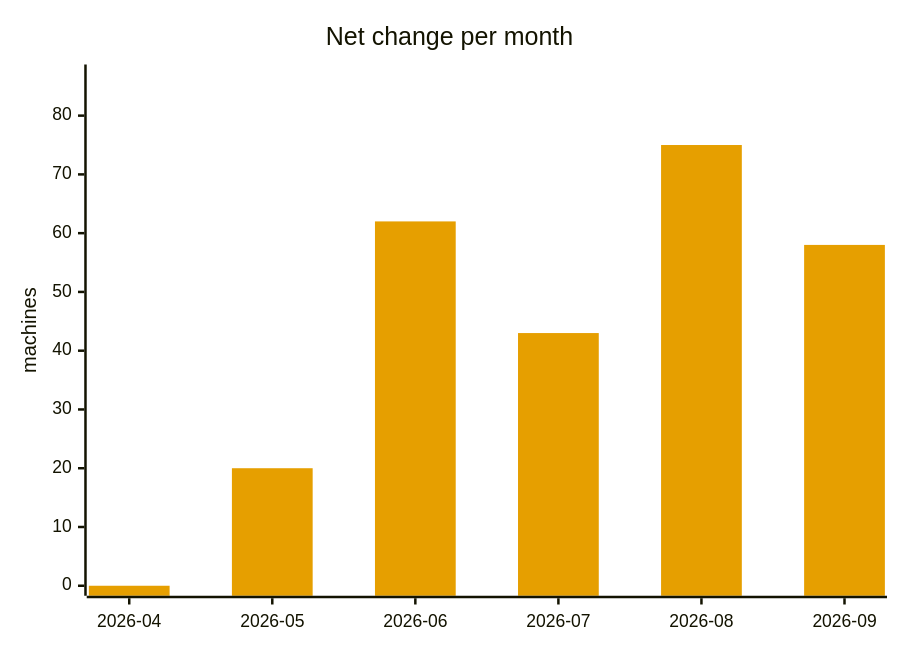
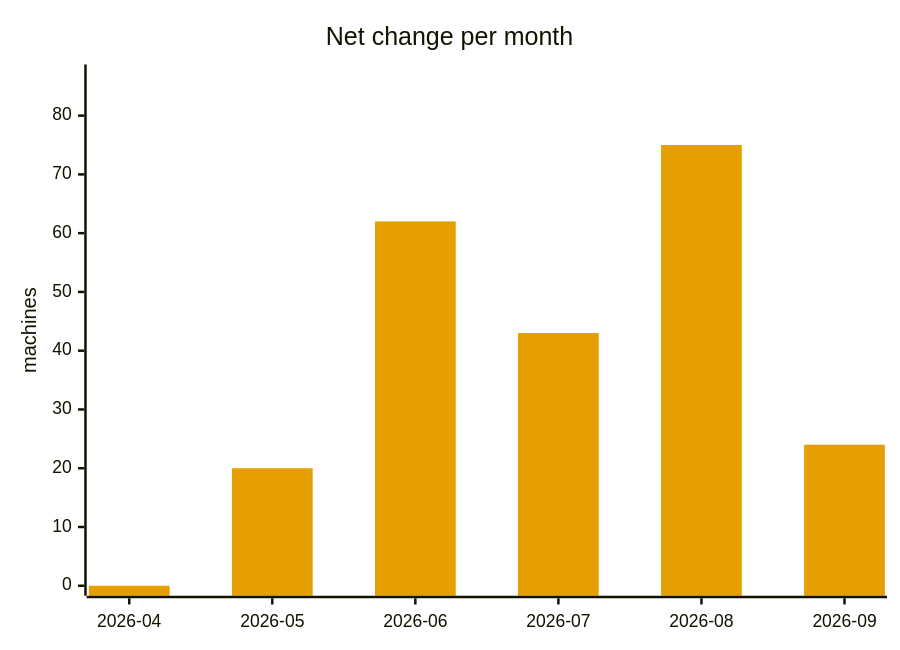
The seventh of 7 diagrams in ANALYSIS.md (cheeaun/returnright-data), drawn with Mermaid before and after one commit. The commit also changed other lines of this file and 3 other files, not shown here.

````diff
--- a/ANALYSIS.md
+++ b/ANALYSIS.md
@@ -307,13 +308,13 @@
 ```mermaid
 ---
 config:
   themeVariables:
     xyChart:
       plotColorPalette: "#E69F00"
 ---
 xychart-beta
     title "Net change per month"
     x-axis ["2026-04", "2026-05", "2026-06", "2026-07", "2026-08", "2026-09"]
     y-axis "machines" 0 --> 87
-    bar [0, 20, 62, 43, 75, 58]
+    bar [0, 20, 62, 43, 75, 24]
 ```
````
